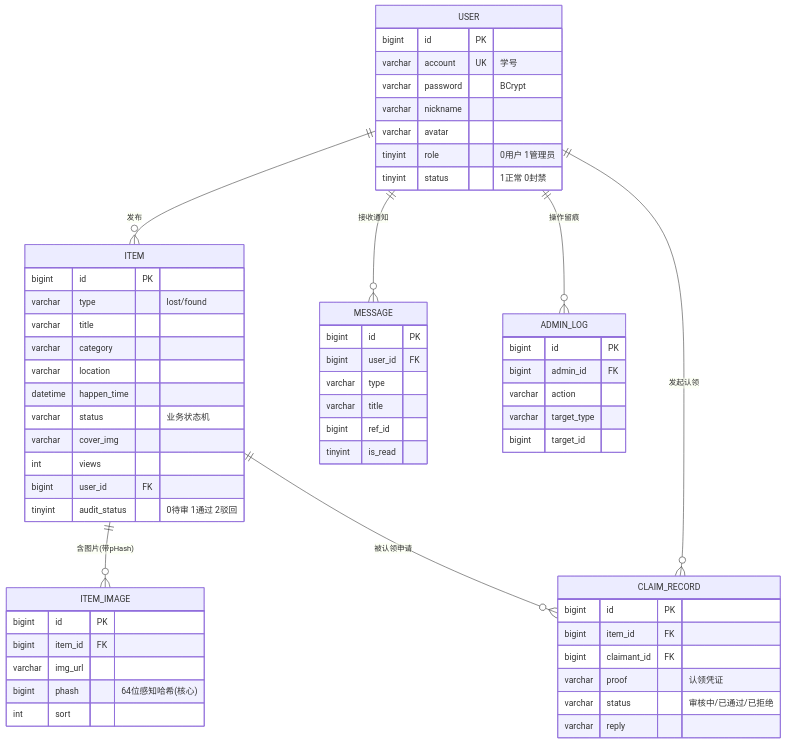
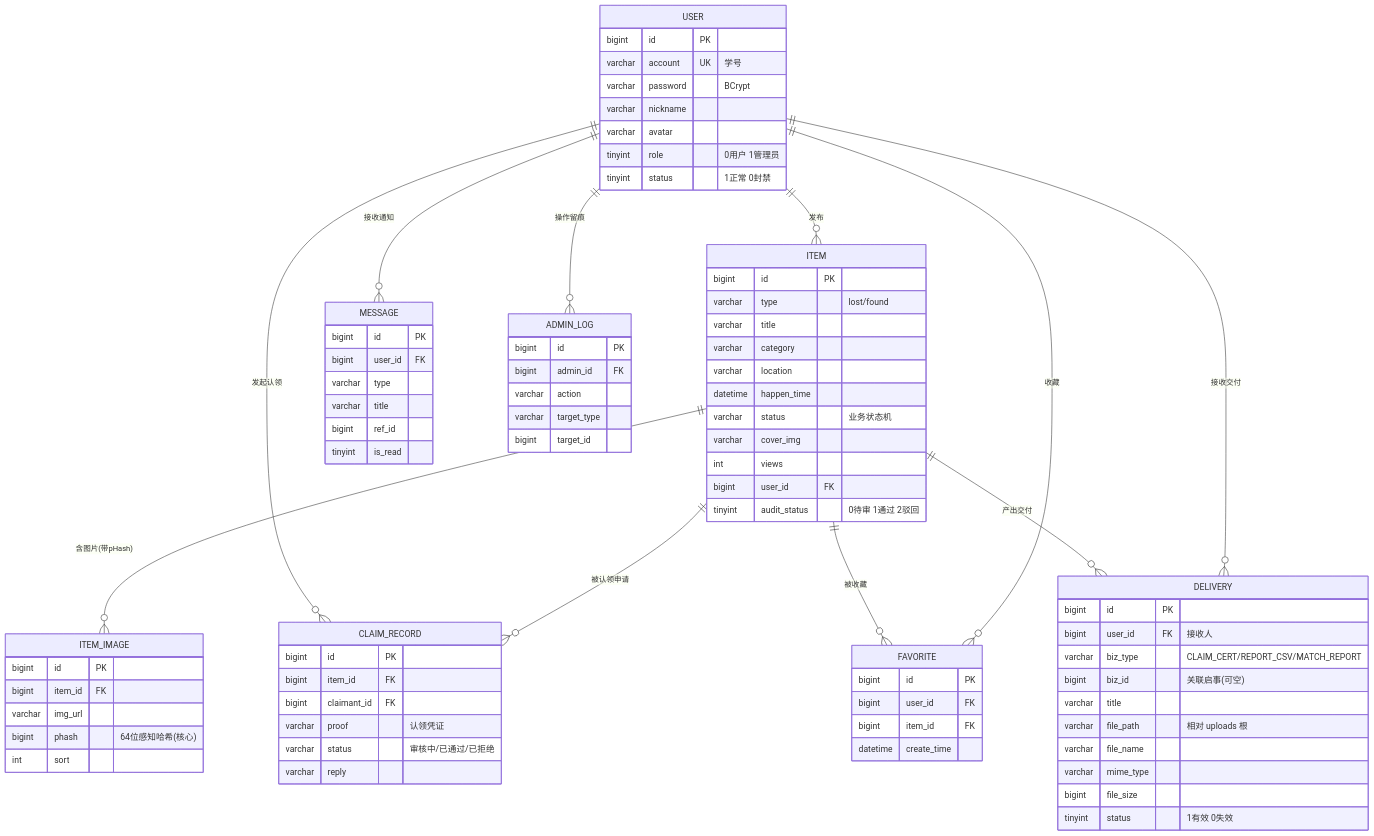
The diagram in lost-found/docs/06-数据库设计-ER与数据字典-v1.0.md (unicornDu/lost-fond), drawn with Mermaid before and after one commit. The commit also changed other lines of this file and 166 other files, not shown here.

````diff
--- a/lost-found/docs/06-数据库设计-ER与数据字典-v1.0.md
+++ b/lost-found/docs/06-数据库设计-ER与数据字典-v1.0.md
@@ -26,6 +28,10 @@
     USER ||--o{ CLAIM_RECORD : "发起认领"
     USER ||--o{ MESSAGE : "接收通知"
     USER ||--o{ ADMIN_LOG : "操作留痕"
+    USER ||--o{ FAVORITE : "收藏"
+    ITEM ||--o{ FAVORITE : "被收藏"
+    USER ||--o{ DELIVERY : "接收交付"
+    ITEM ||--o{ DELIVERY : "产出交付"
 
     USER {
         bigint id PK
@@ -79,4 +85,22 @@
         varchar target_type
         bigint target_id
     }
+    FAVORITE {
+        bigint id PK
+        bigint user_id FK
+        bigint item_id FK
+        datetime create_time
+    }
+    DELIVERY {
+        bigint id PK
+        bigint user_id FK "接收人"
+        varchar biz_type "CLAIM_CERT/REPORT_CSV/MATCH_REPORT"
+        bigint biz_id "关联启事(可空)"
+        varchar title
+        varchar file_path "相对 uploads 根"
+        varchar file_name
+        varchar mime_type
+        bigint file_size
+        tinyint status "1有效 0失效"
+    }
 ```
````
